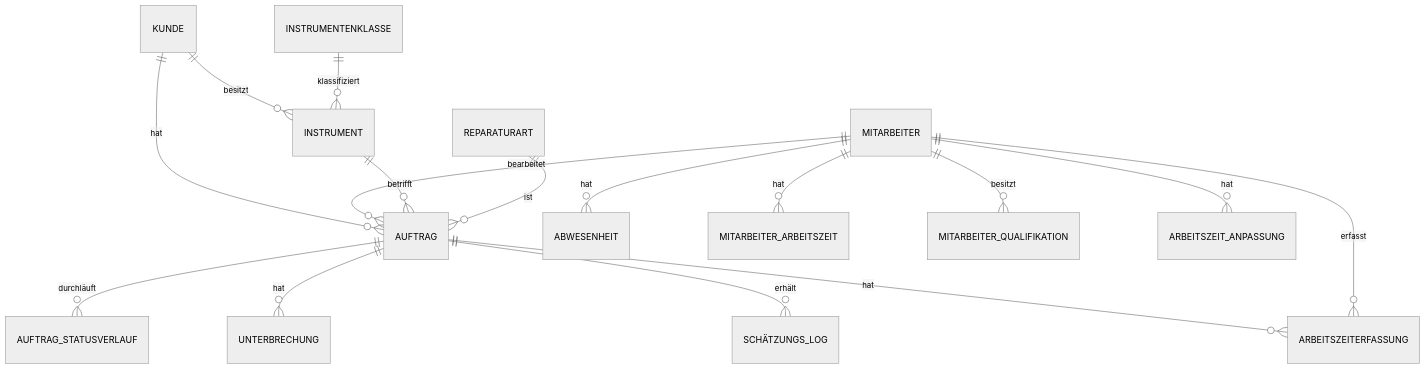
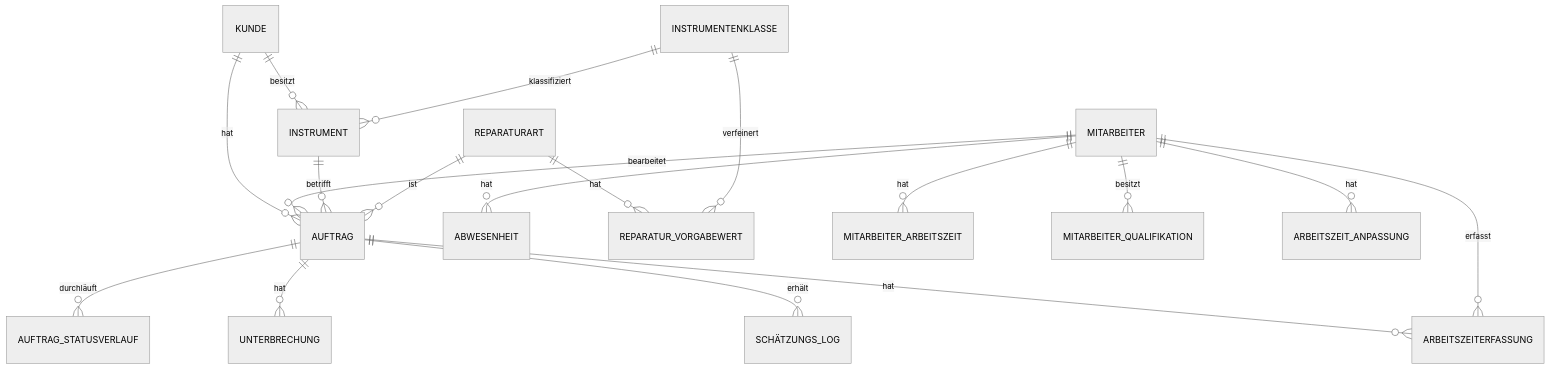
The diagram in docs/datenmodell.md (B-Dct/instrumentenwerkstatt), drawn with Mermaid (neutral theme) before and after one commit. The commit also changed other lines of this file, not shown here.

````diff
--- a/docs/datenmodell.md
+++ b/docs/datenmodell.md
@@ -245,18 +266,20 @@
 ```mermaid
 erDiagram
     KUNDE ||--o{ AUFTRAG : hat
     KUNDE ||--o{ INSTRUMENT : besitzt
     MITARBEITER ||--o{ AUFTRAG : bearbeitet
     MITARBEITER ||--o{ ABWESENHEIT : hat
     INSTRUMENTENKLASSE ||--o{ INSTRUMENT : klassifiziert
     INSTRUMENT ||--o{ AUFTRAG : betrifft
     REPARATURART ||--o{ AUFTRAG : ist
+    REPARATURART ||--o{ REPARATUR_VORGABEWERT : hat
+    INSTRUMENTENKLASSE ||--o{ REPARATUR_VORGABEWERT : verfeinert
     AUFTRAG ||--o{ AUFTRAG_STATUSVERLAUF : durchläuft
     AUFTRAG ||--o{ UNTERBRECHUNG : hat
     AUFTRAG ||--o{ SCHÄTZUNGS_LOG : erhält
     AUFTRAG ||--o{ ARBEITSZEITERFASSUNG : hat
     MITARBEITER ||--o{ ARBEITSZEITERFASSUNG : erfasst
     MITARBEITER ||--o{ MITARBEITER_ARBEITSZEIT : hat
     MITARBEITER ||--o{ MITARBEITER_QUALIFIKATION : besitzt
     MITARBEITER ||--o{ ARBEITSZEIT_ANPASSUNG : hat
 ```
````
